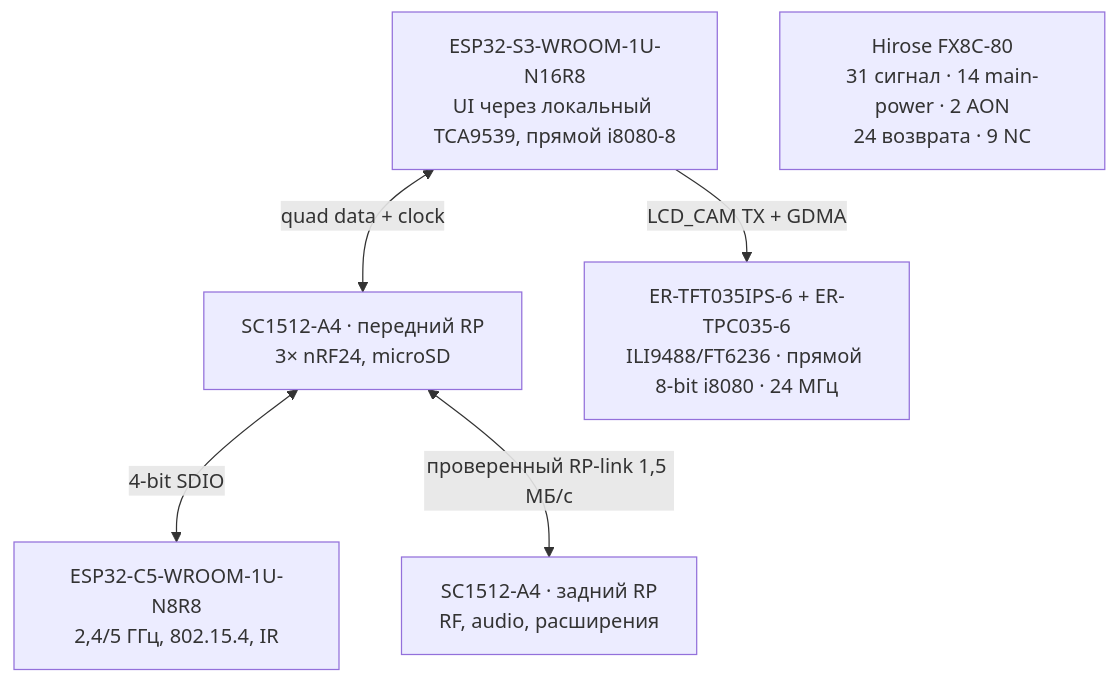
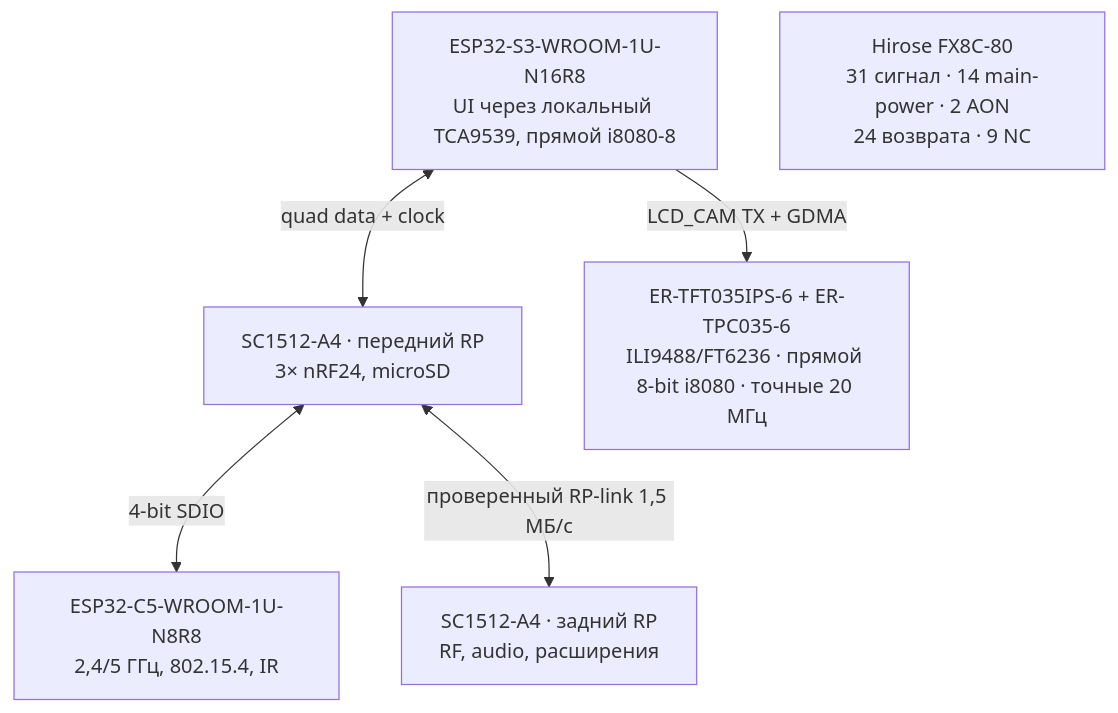
The diagram in docs/schematics.ru.md (anton-vinogradov/esp32-leshy2), drawn with Mermaid before and after one commit. The commit also changed 124 other files, not shown here.

````diff
--- a/docs/schematics.ru.md
+++ b/docs/schematics.ru.md
@@ -34,14 +34,14 @@
 ```mermaid
 flowchart TD
   S3["ESP32-S3-WROOM-1U-N16R8<br/>UI через локальный TCA9539, прямой i8080-8"]
   C5["ESP32-C5-WROOM-1U-N8R8<br/>2,4/5 ГГц, 802.15.4, IR"]
   FRP["SC1512-A4 · передний RP<br/>3× nRF24, microSD"]
   RRP["SC1512-A4 · задний RP<br/>RF, audio, расширения"]
-  LCD["ER-TFT035IPS-6 + ER-TPC035-6<br/>ILI9488/FT6236 · прямой 8-bit i8080 · 24 МГц"]
+  LCD["ER-TFT035IPS-6 + ER-TPC035-6<br/>ILI9488/FT6236 · прямой 8-bit i8080 · точные 20 МГц"]
   M1["Hirose FX8C-80<br/>31 сигнал · 14 main-power · 2 AON<br/>24 возврата · 9 NC"]
 
   S3 -->|"LCD_CAM TX + GDMA"| LCD
   S3 <-->|"quad data + clock"| FRP
   FRP <-->|"4-bit SDIO"| C5
   FRP <-->|"проверенный RP-link 1,5 МБ/с"| RRP
 ```
````
